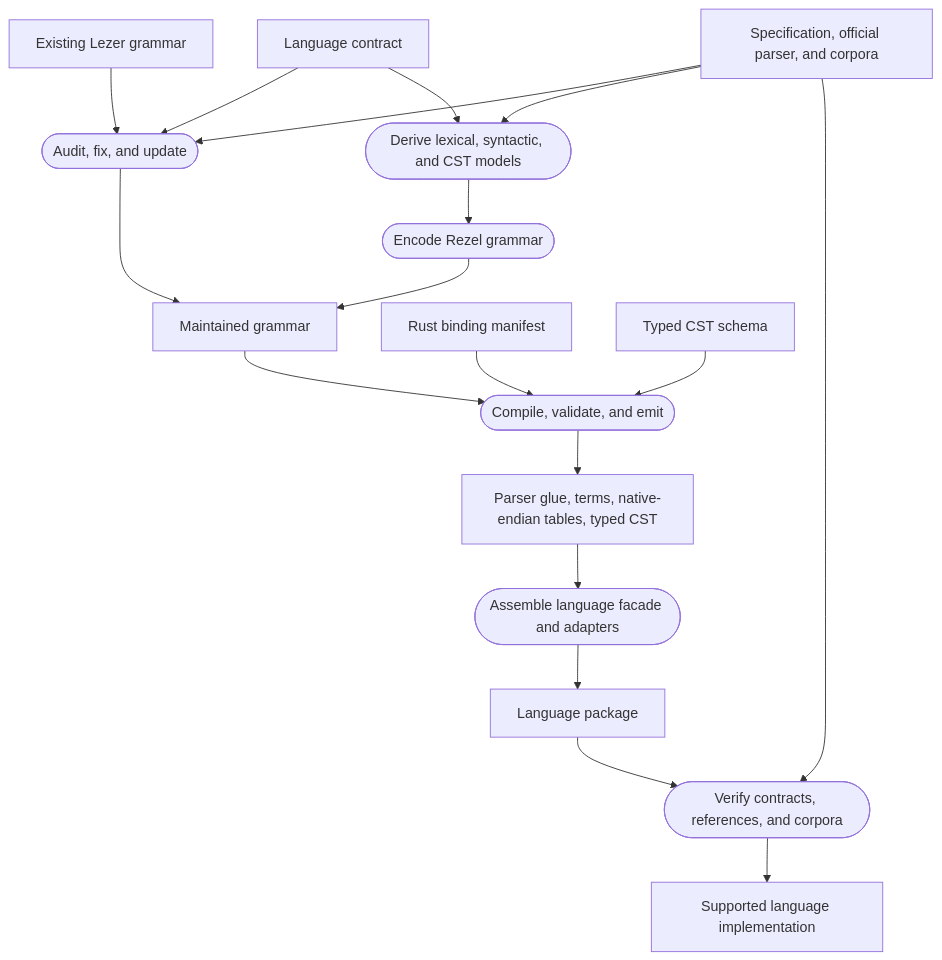
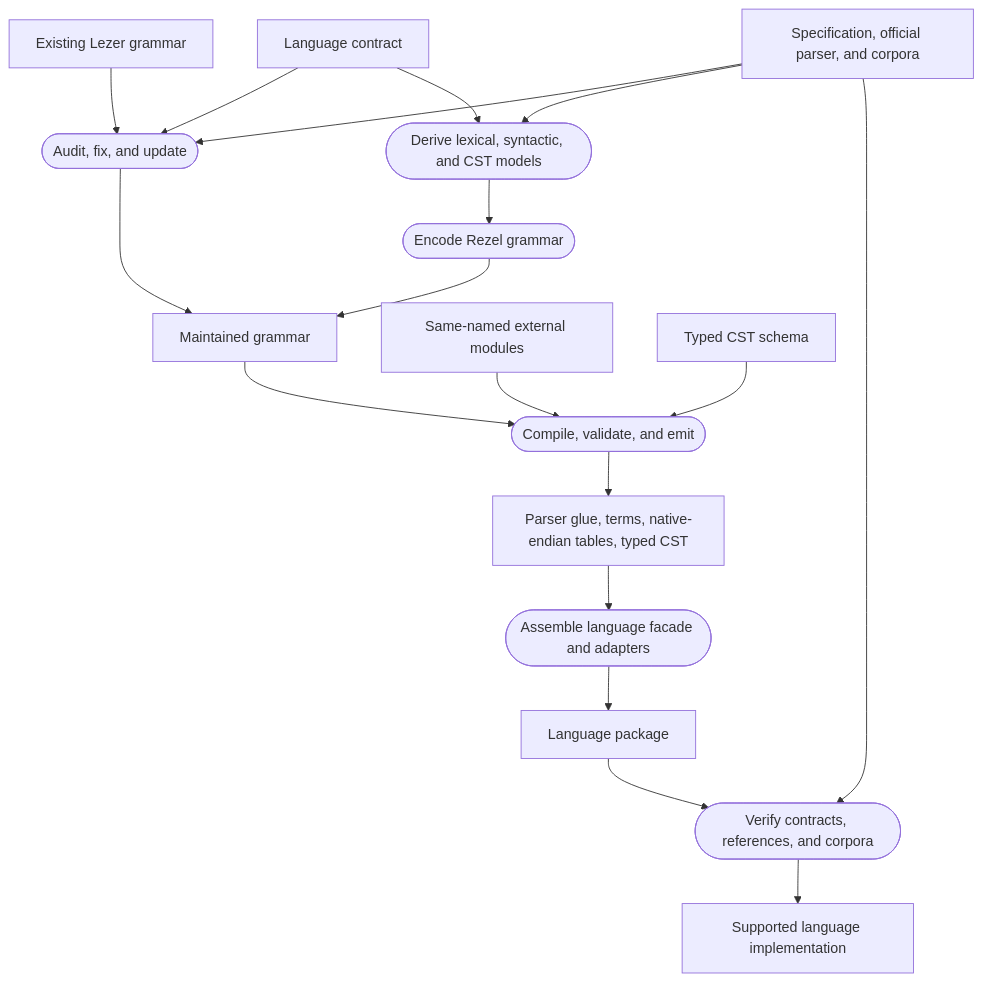
One commit to magic-akari/rezel changed the diagram in docs/adding-a-language/README.md. Above: the diagram before and after it, drawn with Mermaid. The commit also changed 91 other files, not shown here.

````diff
--- a/docs/adding-a-language/README.md
+++ b/docs/adding-a-language/README.md
@@ -15,38 +15,38 @@
 ```mermaid
 flowchart TB
     contract["Language contract"]
     lezer["Existing Lezer grammar"]
     sources["Specification, official parser, and corpora"]
 
     audit(["Audit, fix, and update"])
     derive(["Derive lexical, syntactic, and CST models"])
     encode(["Encode Rezel grammar"])
 
     grammar["Maintained grammar"]
-    bindings["Rust binding manifest"]
+    externals["Same-named external modules"]
     schema["Typed CST schema"]
     generate(["Compile, validate, and emit"])
     artifacts["Parser glue, terms, native-endian tables, typed CST"]
     adapters(["Assemble language facade and adapters"])
     package["Language package"]
     verify(["Verify contracts, references, and corpora"])
     release["Supported language implementation"]
 
     contract --> audit
     contract --> derive
     lezer --> audit
     sources --> audit
     sources --> derive
     audit --> grammar
     derive --> encode
     encode --> grammar
     grammar --> generate
-    bindings --> generate
+    externals --> generate
     schema --> generate
     generate --> artifacts
     artifacts --> adapters
     adapters --> package
     package --> verify
     sources --> verify
     verify --> release
 ```
````
